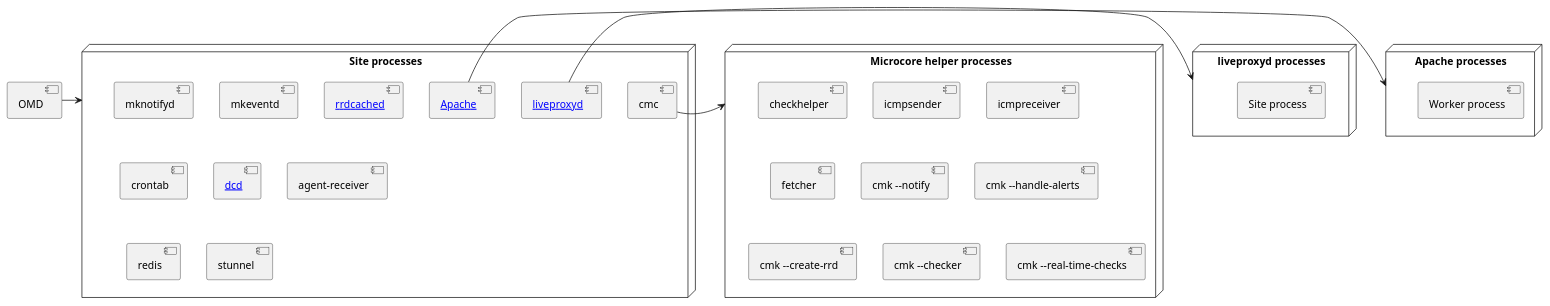
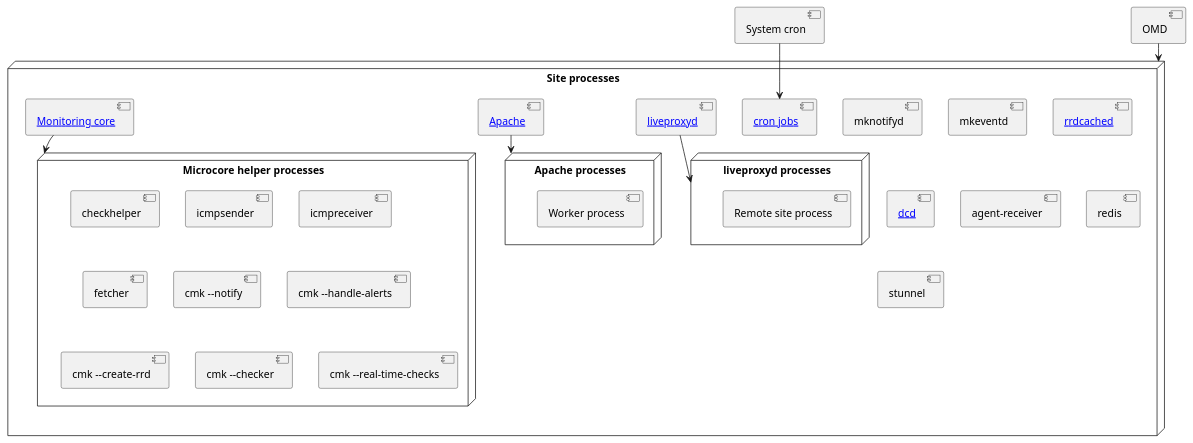
One commit to Checkmk/checkmk changed the diagram in doc/documentation/arch-comp-omd.rst. Above: the diagram before and after it, drawn with PlantUML. The commit also changed 4 other files, not shown here.

```diff
--- a/doc/documentation/arch-comp-omd.rst
+++ b/doc/documentation/arch-comp-omd.rst
@@ -93,38 +93,40 @@
 .. uml::
 
-   [OMD]
-   node "Site processes" as omd_p {
-      [mknotifyd]
-      [mkeventd]
-      component "[[../arch-comp-rrdcached.html rrdcached]]" as rrdcached
-      [liveproxyd]
-      component "[[../arch-comp-liveproxyd.html liveproxyd]]" as liveproxyd
-      [crontab]
-      component "[[../arch-comp-dcd.html dcd]]" as dcd
-      component "[[../arch-comp-apache.html Apache]]" as apache
-      [agent-receiver]
-      [redis]
-      [stunnel]
-      [cmc]
-   }
-   node "Microcore helper processes" as cmc_p {
-      [checkhelper] as checker
-      [icmpsender]
-      [icmpreceiver]
-      [fetcher]
-      [cmk --notify]
-      [cmk --handle-alerts]
-      [cmk --create-rrd]
-      [cmk --checker]
-      [cmk --real-time-checks]
-   }
-   node "liveproxyd processes" as liveproxyd_p {
-      [Site process]
-   }
-   node "Apache processes" as apache_p {
-      [Worker process]
-   }
-   OMD -> omd_p
-   cmc -> cmc_p
-   liveproxyd -> liveproxyd_p
-   apache -> apache_p
+    component "System cron" as cron
+    [OMD]
+    node "Site processes" as omd_p {
+        component "[[../arch-comp-crontab.html cron jobs]]" as cronjobs
+        [mknotifyd]
+        [mkeventd]
+        component "[[../arch-comp-rrdcached.html rrdcached]]" as rrdcached
+        [liveproxyd]
+        component "[[../arch-comp-liveproxyd.html liveproxyd]]" as liveproxyd
+        component "[[../arch-comp-dcd.html dcd]]" as dcd
+        component "[[../arch-comp-apache.html Apache]]" as apache
+        [agent-receiver]
+        [redis]
+        [stunnel]
+        component "[[../arch-comp-core.html Monitoring core]]" as cmc
+        node "Microcore helper processes" as cmc_p {
+           [checkhelper] as checker
+           [icmpsender]
+           [icmpreceiver]
+           [fetcher]
+           [cmk --notify]
+           [cmk --handle-alerts]
+           [cmk --create-rrd]
+           [cmk --checker]
+           [cmk --real-time-checks]
+        }
+        node "liveproxyd processes" as liveproxyd_p {
+           [Remote site process]
+        }
+        node "Apache processes" as apache_p {
+           [Worker process]
+        }
+    }
+    OMD -d-> omd_p
+    cmc -d-> cmc_p
+    liveproxyd -d-> liveproxyd_p
+    apache -d-> apache_p
+    cron -d-> cronjobs
```
